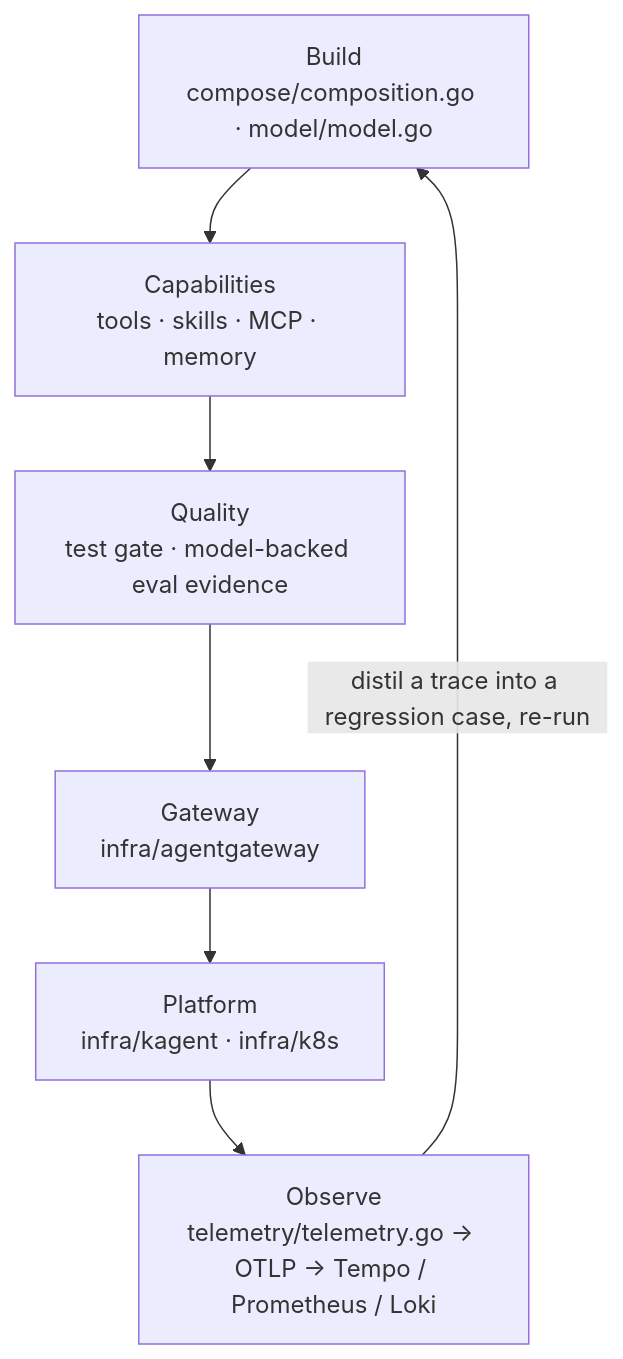
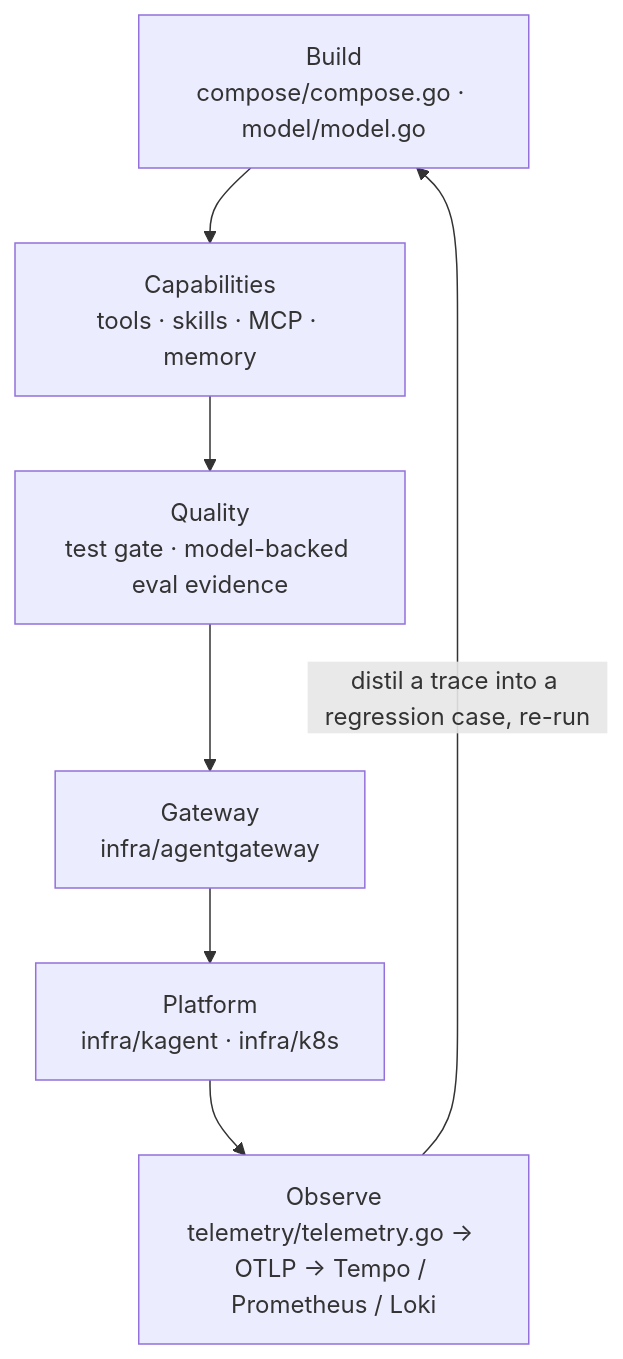
The second of 2 diagrams in content/0. Overview/0.2. AgentOps.md (LuiGGi629/agentops-open-course), drawn with Mermaid before and after one commit. The commit also changed other lines of this file and 16 other files, not shown here.

````diff
--- a/content/0. Overview/0.2. AgentOps.md
+++ b/content/0. Overview/0.2. AgentOps.md
@@ -60,11 +60,11 @@
 ```mermaid
 flowchart TD
-    Build["Build<br/>compose/composition.go · model/model.go"]
+    Build["Build<br/>compose/compose.go · model/model.go"]
     Capabilities["Capabilities<br/>tools · skills · MCP · memory"]
     Quality["Quality<br/>test gate · model-backed eval evidence"]
     Gateway["Gateway<br/>infra/agentgateway"]
     Platform["Platform<br/>infra/kagent · infra/k8s"]
     Observe["Observe<br/>telemetry/telemetry.go → OTLP → Tempo / Prometheus / Loki"]
     Build --> Capabilities --> Quality --> Gateway --> Platform --> Observe
     Observe -->|distil a trace into a regression case, re-run| Build
 ```
````
